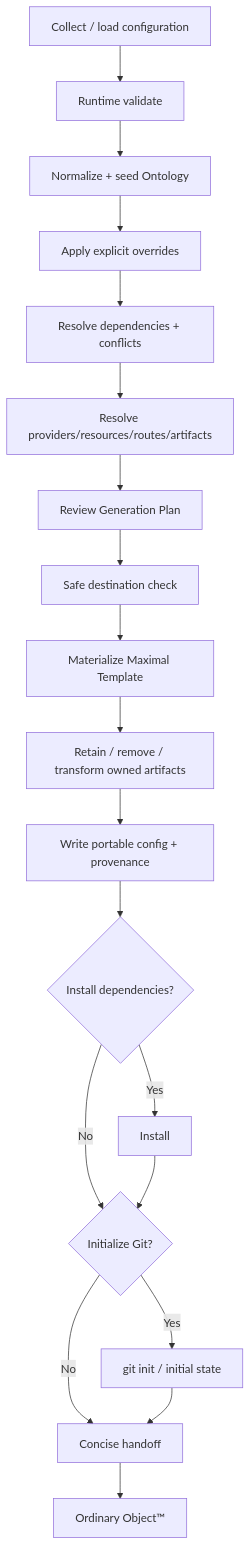
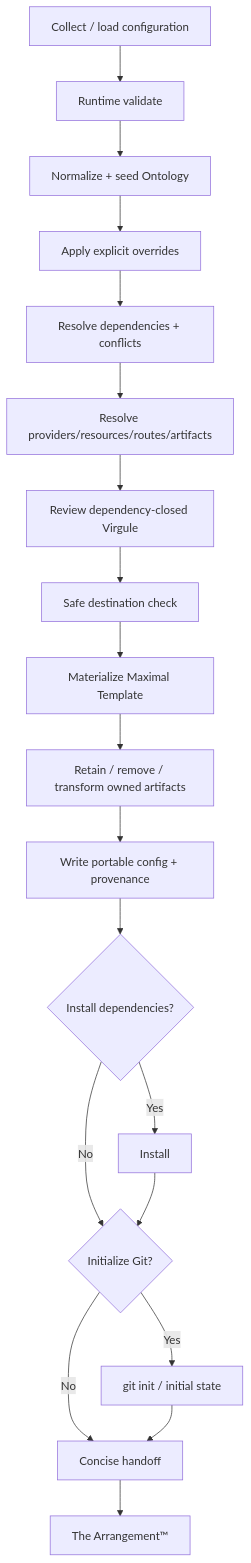
One commit to DigitalHerencia/YouCanSeeTheCodeInOurConversationHistory changed the tenth of 11 diagrams in 10 PROJECTS/10.PROJECTS.CODEPENDENTCODING/10.PROJECTS.CODEPENDENTCODING.WebApp-Architecture/codependentcoding.webapp-architecture.master.source-document.md. Above: the diagram before and after it, drawn with Mermaid. The commit also changed other lines of this file and 11 other files, not shown here.

````diff
--- a/10 PROJECTS/10.PROJECTS.CODEPENDENTCODING/10.PROJECTS.CODEPENDENTCODING.WebApp-Architecture/codependentcoding.webapp-architecture.master.source-document.md
+++ b/10 PROJECTS/10.PROJECTS.CODEPENDENTCODING/10.PROJECTS.CODEPENDENTCODING.WebApp-Architecture/codependentcoding.webapp-architecture.master.source-document.md
@@ -1815,21 +1824,21 @@
 ```mermaid
 flowchart TD
     A["Collect / load configuration"] --> B["Runtime validate"]
     B --> C["Normalize + seed Ontology"]
     C --> D["Apply explicit overrides"]
     D --> E["Resolve dependencies + conflicts"]
     E --> F["Resolve providers/resources/routes/artifacts"]
-    F --> G["Review Generation Plan"]
+    F --> G["Review dependency-closed Virgule"]
     G --> H["Safe destination check"]
     H --> I["Materialize Maximal Template"]
     I --> J["Retain / remove / transform owned artifacts"]
     J --> K["Write portable config + provenance"]
     K --> L{"Install dependencies?"}
     L -- Yes --> M["Install"]
     L -- No --> N{"Initialize Git?"}
     M --> N
     N -- Yes --> O["git init / initial state"]
     N -- No --> P["Concise handoff"]
     O --> P
-    P --> Q["Ordinary Object™"]
+    P --> Q["The Arrangement™"]
 ```
````
